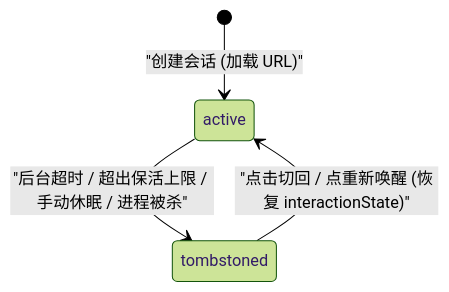
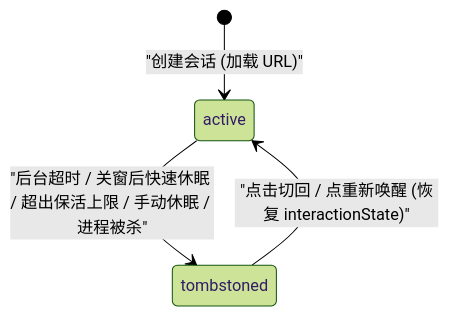
One commit to taopaox/IronBowl changed the diagram in docs/core/web-tombstone.md. Above: the diagram before and after it, drawn with Mermaid (forest theme). The commit also changed other lines of this file and 6 other files, not shown here.

````diff
--- a/docs/core/web-tombstone.md
+++ b/docs/core/web-tombstone.md
@@ -17,6 +18,6 @@
 ```mermaid
 stateDiagram-v2
     [*] --> active: "创建会话 (加载 URL)"
-    active --> tombstoned: "后台超时 / 超出保活上限 / 手动休眠 / 进程被杀"
+    active --> tombstoned: "后台超时 / 关窗后快速休眠 / 超出保活上限 / 手动休眠 / 进程被杀"
     tombstoned --> active: "点击切回 / 点重新唤醒 (恢复 interactionState)"
 ```
````
